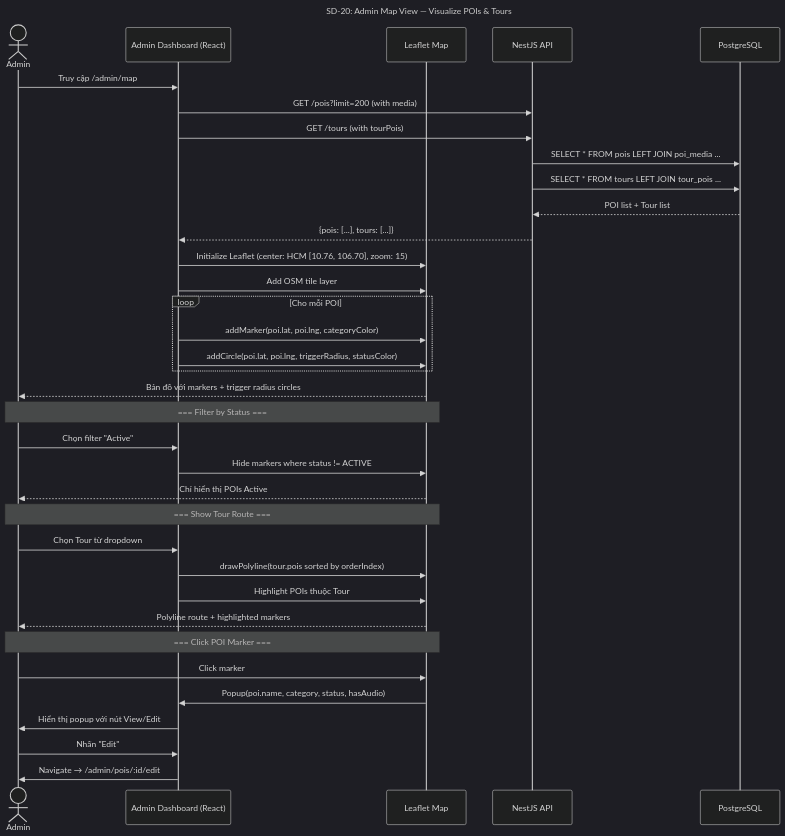
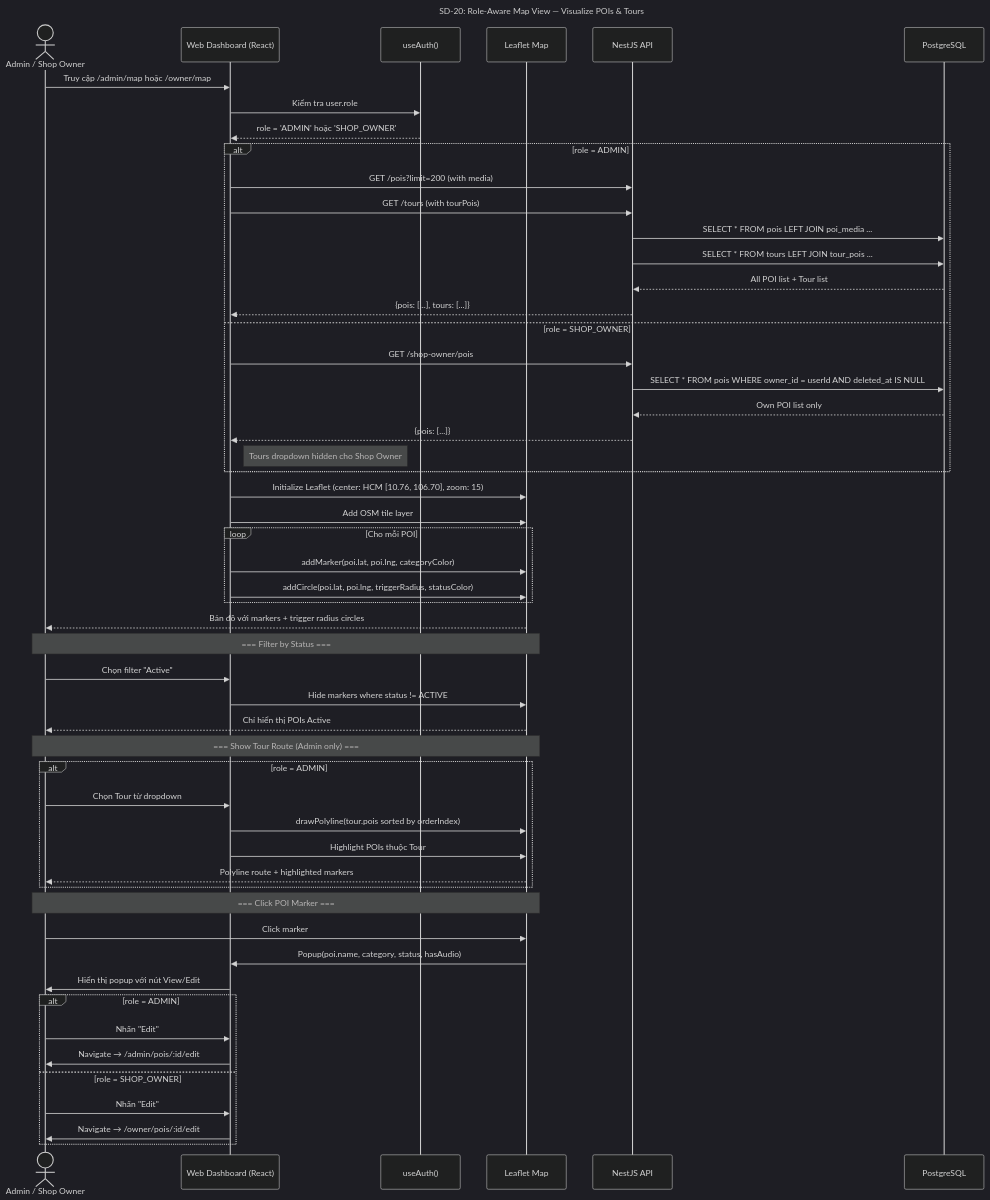
Diagram 20 of 22 in docs/step3_prd/15_sequence_diagrams.md (Ttuandatt/Seminar), drawn with Mermaid (dark theme) before and after one commit. The commit also changed other lines of this file and 15 other files, not shown here.

First line of the commit message:
feat: shop owner view/edit/TTS, role-aware map, bilingual form labels + sync PRDs

````diff
--- a/docs/step3_prd/15_sequence_diagrams.md
+++ b/docs/step3_prd/15_sequence_diagrams.md
@@ -1035,44 +1050,64 @@
 ```mermaid
 sequenceDiagram
-    title SD-20: Admin Map View — Visualize POIs & Tours
-    actor Admin
-    participant UI as Admin Dashboard (React)
+    title SD-20: Role-Aware Map View — Visualize POIs & Tours
+    actor User as Admin / Shop Owner
+    participant UI as Web Dashboard (React)
+    participant Auth as useAuth()
     participant Map as Leaflet Map
     participant API as NestJS API
     participant DB as PostgreSQL
 
-    Admin->>UI: Truy cập /admin/map
-    UI->>API: GET /pois?limit=200 (with media)
-    UI->>API: GET /tours (with tourPois)
-    API->>DB: SELECT * FROM pois LEFT JOIN poi_media ...
-    API->>DB: SELECT * FROM tours LEFT JOIN tour_pois ...
-    DB-->>API: POI list + Tour list
-    API-->>UI: {pois: [...], tours: [...]}
+    User->>UI: Truy cập /admin/map hoặc /owner/map
+    UI->>Auth: Kiểm tra user.role
+    Auth-->>UI: role = 'ADMIN' hoặc 'SHOP_OWNER'
+
+    alt role = ADMIN
+        UI->>API: GET /pois?limit=200 (with media)
+        UI->>API: GET /tours (with tourPois)
+        API->>DB: SELECT * FROM pois LEFT JOIN poi_media ...
+        API->>DB: SELECT * FROM tours LEFT JOIN tour_pois ...
+        DB-->>API: All POI list + Tour list
+        API-->>UI: {pois: [...], tours: [...]}
+    else role = SHOP_OWNER
+        UI->>API: GET /shop-owner/pois
+        API->>DB: SELECT * FROM pois WHERE owner_id = userId AND deleted_at IS NULL
+        DB-->>API: Own POI list only
+        API-->>UI: {pois: [...]}
+        Note right of UI: Tours dropdown hidden cho Shop Owner
+    end
 
     UI->>Map: Initialize Leaflet (center: HCM [10.76, 106.70], zoom: 15)
     UI->>Map: Add OSM tile layer
 
     loop Cho mỗi POI
         UI->>Map: addMarker(poi.lat, poi.lng, categoryColor)
         UI->>Map: addCircle(poi.lat, poi.lng, triggerRadius, statusColor)
     end
-    Map-->>Admin: Bản đồ với markers + trigger radius circles
+    Map-->>User: Bản đồ với markers + trigger radius circles
 
-    Note over Admin, Map: === Filter by Status ===
-    Admin->>UI: Chọn filter "Active"
+    Note over User, Map: === Filter by Status ===
+    User->>UI: Chọn filter "Active"
     UI->>Map: Hide markers where status != ACTIVE
-    Map-->>Admin: Chỉ hiển thị POIs Active
+    Map-->>User: Chỉ hiển thị POIs Active
 
-    Note over Admin, Map: === Show Tour Route ===
-    Admin->>UI: Chọn Tour từ dropdown
-    UI->>Map: drawPolyline(tour.pois sorted by orderIndex)
-    UI->>Map: Highlight POIs thuộc Tour
-    Map-->>Admin: Polyline route + highlighted markers
+    Note over User, Map: === Show Tour Route (Admin only) ===
+    alt role = ADMIN
+        User->>UI: Chọn Tour từ dropdown
+        UI->>Map: drawPolyline(tour.pois sorted by orderIndex)
+        UI->>Map: Highlight POIs thuộc Tour
+        Map-->>User: Polyline route + highlighted markers
+    end
 
-    Note over Admin, Map: === Click POI Marker ===
-    Admin->>Map: Click marker
+    Note over User, Map: === Click POI Marker ===
+    User->>Map: Click marker
     Map->>UI: Popup(poi.name, category, status, hasAudio)
-    UI->>Admin: Hiển thị popup với nút View/Edit
-    Admin->>UI: Nhấn "Edit"
-    UI->>Admin: Navigate → /admin/pois/:id/edit
+    UI->>User: Hiển thị popup với nút View/Edit
+
+    alt role = ADMIN
+        User->>UI: Nhấn "Edit"
+        UI->>User: Navigate → /admin/pois/:id/edit
+    else role = SHOP_OWNER
+        User->>UI: Nhấn "Edit"
+        UI->>User: Navigate → /owner/pois/:id/edit
+    end
 ```
````
